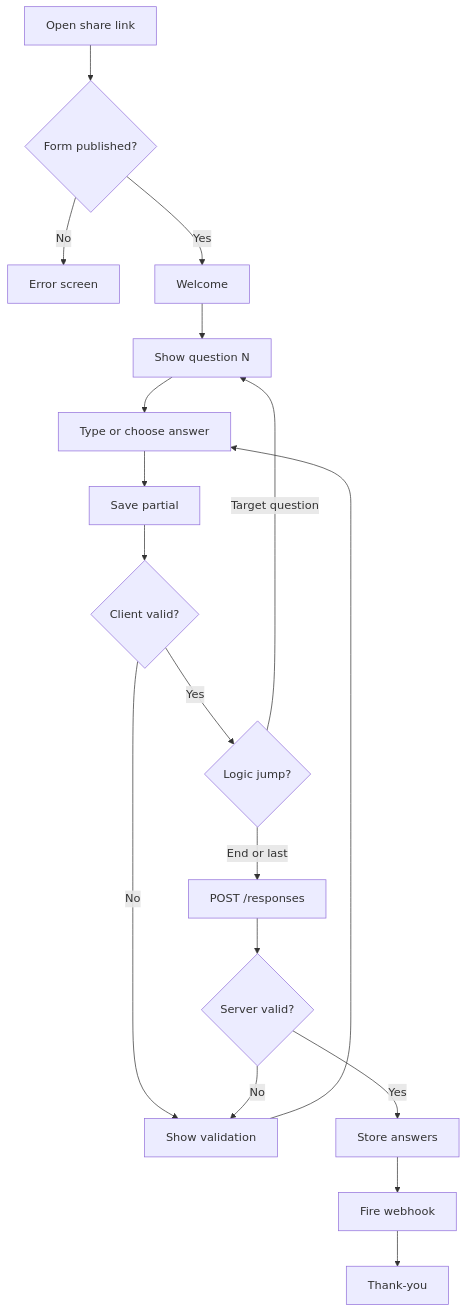
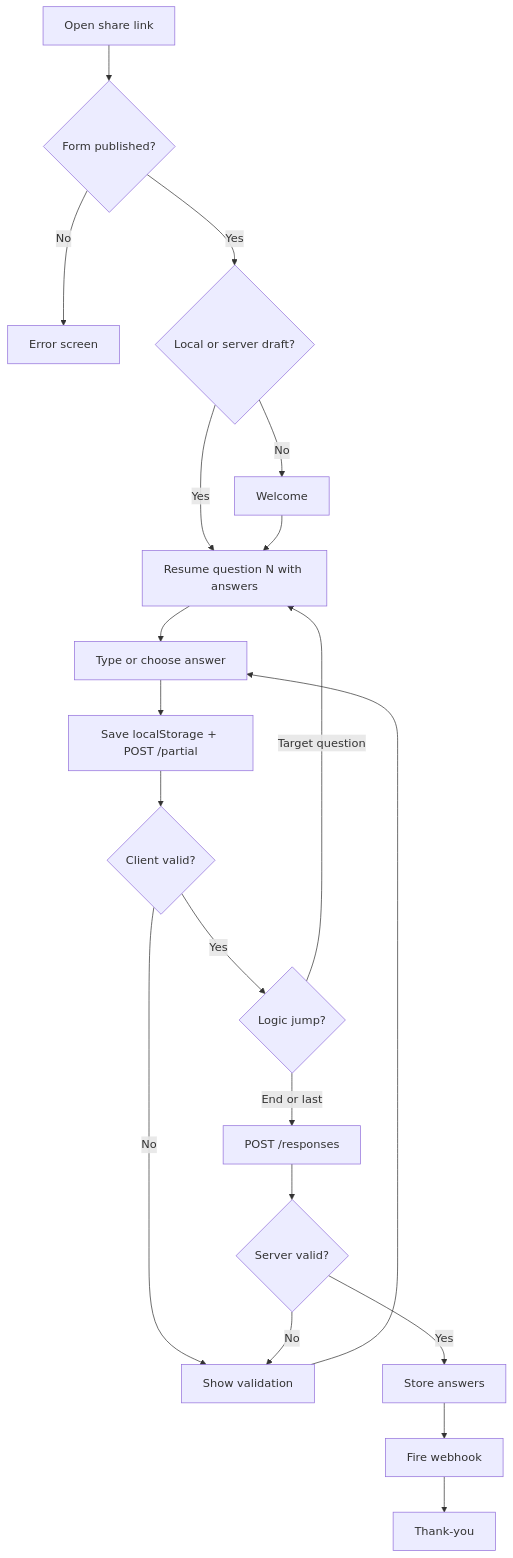
Before and after one commit to ruthwikkakumani/formly: the third of 6 diagrams in docs/diagrams/activity.md, drawn with Mermaid. The commit also changed other lines of this file and 28 other files, not shown here.

````diff
--- a/docs/diagrams/activity.md
+++ b/docs/diagrams/activity.md
@@ -39,20 +39,22 @@
 ```mermaid
 flowchart TD
   A[Open share link] --> B{Form published?}
   B -->|No| Z[Error screen]
-  B -->|Yes| C[Welcome]
-  C --> D[Show question N]
+  B -->|Yes| C{Local or server draft?}
+  C -->|Yes| D[Resume question N with answers]
+  C -->|No| W[Welcome]
+  W --> D
   D --> E[Type or choose answer]
-  E --> F[Save partial]
+  E --> F[Save localStorage + POST /partial]
   F --> G{Client valid?}
   G -->|No| H[Show validation]
   H --> E
   G -->|Yes| I{Logic jump?}
   I -->|Target question| D
   I -->|End or last| J[POST /responses]
   J --> K{Server valid?}
   K -->|No| H
   K -->|Yes| L[Store answers]
   L --> M[Fire webhook]
   M --> N[Thank-you]
 ```
````
